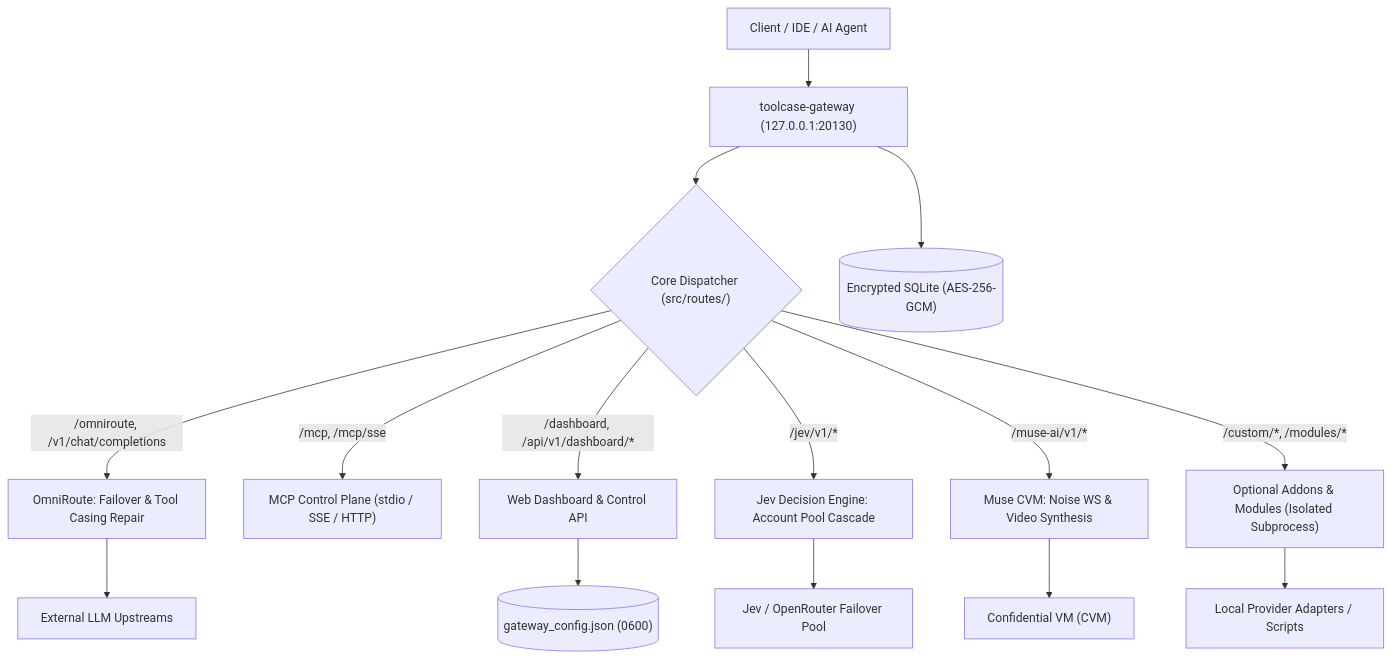
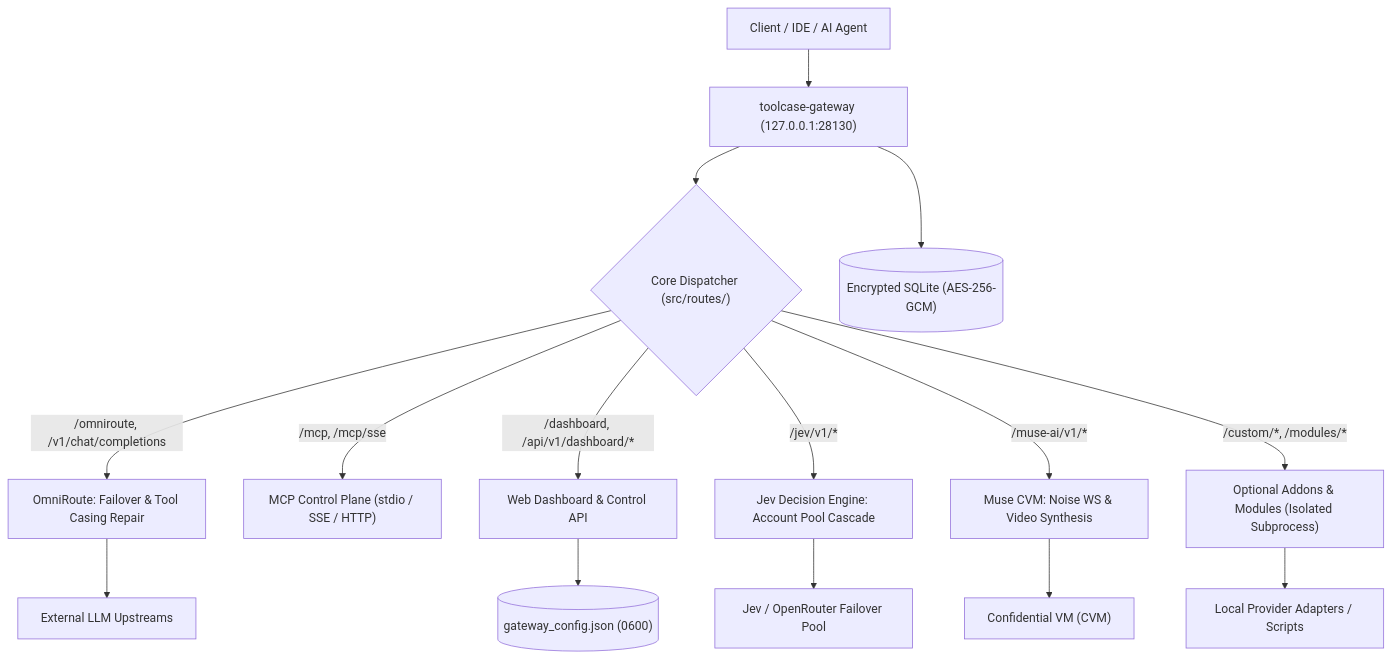
The diagram in README.md (giauphan/toolcase-gateway), drawn with Mermaid before and after one commit. The commit also changed other lines of this file and 20 other files, not shown here.

````diff
--- a/README.md
+++ b/README.md
@@ -73,19 +73,19 @@
 ```mermaid
 flowchart TD
-    Client["Client / IDE / AI Agent"] --> Gateway["toolcase-gateway (127.0.0.1:20130)"]
+    Client["Client / IDE / AI Agent"] --> Gateway["toolcase-gateway (127.0.0.1:28130)"]
     Gateway --> Dispatcher{"Core Dispatcher (src/routes/)"}
 
     Dispatcher -->|"/omniroute, /v1/chat/completions"| OmniRoute["OmniRoute: Failover & Tool Casing Repair"]
     Dispatcher -->|"/mcp, /mcp/sse"| MCP["MCP Control Plane (stdio / SSE / HTTP)"]
     Dispatcher -->|"/dashboard, /api/v1/dashboard/*"| Dashboard["Web Dashboard & Control API"]
     Dispatcher -->|"/jev/v1/*"| Jev["Jev Decision Engine: Account Pool Cascade"]
     Dispatcher -->|"/muse-ai/v1/*"| Muse["Muse CVM: Noise WS & Video Synthesis"]
     Dispatcher -->|"/custom/*, /modules/*"| Modules["Optional Addons & Modules (Isolated Subprocess)"]
 
     OmniRoute --> UpstreamLLM["External LLM Upstreams"]
     Jev --> UpstreamJev["Jev / OpenRouter Failover Pool"]
     Muse --> UpstreamMuse["Confidential VM (CVM)"]
     Modules --> Subprocesses["Local Provider Adapters / Scripts"]
     Dashboard --> ConfigDisk[("gateway_config.json (0600)")]
     Gateway --> EncryptedDB[("Encrypted SQLite (AES-256-GCM)")]
 ```
````
